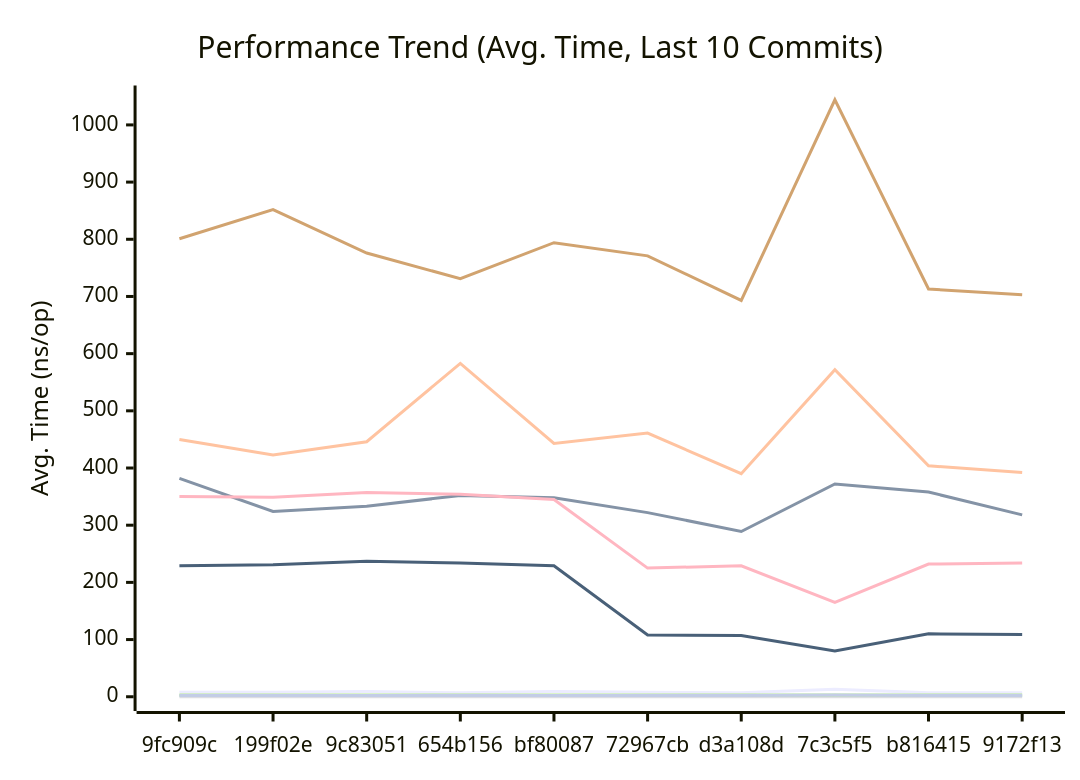
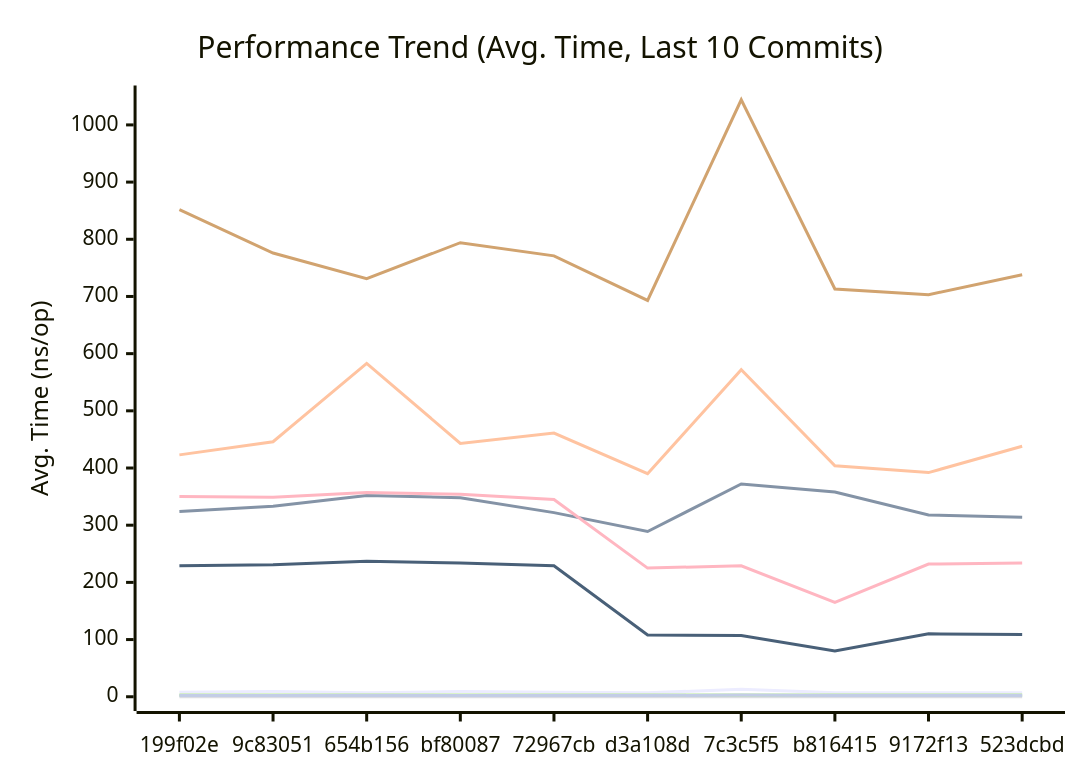
Before and after one commit to alsotoes/momo: the first of 3 diagrams in docs/PERFORMANCE.md, drawn with Mermaid. The commit also changed other lines of this file and 2 other files, not shown here.

````diff
--- a/docs/PERFORMANCE.md
+++ b/docs/PERFORMANCE.md
@@ -80,16 +80,16 @@
 ```mermaid
 xychart-beta
     title "Performance Trend (Avg. Time, Last 10 Commits)"
     x-axis "Commit"
     y-axis "Avg. Time (ns/op)"
-    x-axis [9fc909c,199f02e,9c83051,654b156,bf80087,72967cb,d3a108d,7c3c5f5,b816415,9172f13]
-    line "CheckMetricsAndSwap" [8,8,9,7,9,8,7,13,7,7]
-    line "CrushOptimized" [382,324,333,352,348,322,289,372,358,318]
-    line "CrushOriginal" [450,423,446,583,443,461,390,572,404,392]
+    x-axis [199f02e,9c83051,654b156,bf80087,72967cb,d3a108d,7c3c5f5,b816415,9172f13,523dcbd]
+    line "CheckMetricsAndSwap" [8,9,7,9,8,7,13,7,7,7]
+    line "CrushOptimized" [324,333,352,348,322,289,372,358,318,314]
+    line "CrushOriginal" [423,446,583,443,461,390,572,404,392,438]
     line "IndexDirectTracking" [0,0,0,0,0,0,0,0,0,0]
     line "IndexSearch" [3,3,3,3,3,3,3,3,3,3]
-    line "LoadGlobalConfig" [801,852,776,731,794,771,693,1044,713,703]
-    line "PadString" [2,2,2,2,2,2,2,3,2,2]
+    line "LoadGlobalConfig" [852,776,731,794,771,693,1044,713,703,738]
+    line "PadString" [2,2,2,2,2,2,3,2,2,2]
     line "ParseReplicationOrder_NoPrealloc" [350,349,357,354,345,225,229,165,232,234]
     line "ParseReplicationOrder_Prealloc" [229,231,237,234,229,108,107,80,110,109]
 ```
````
